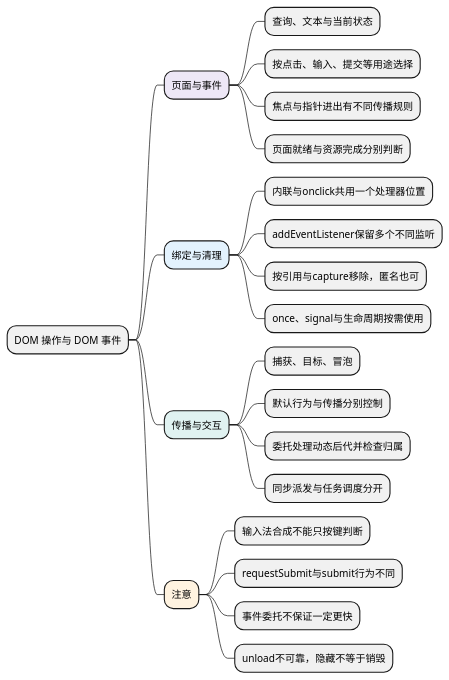
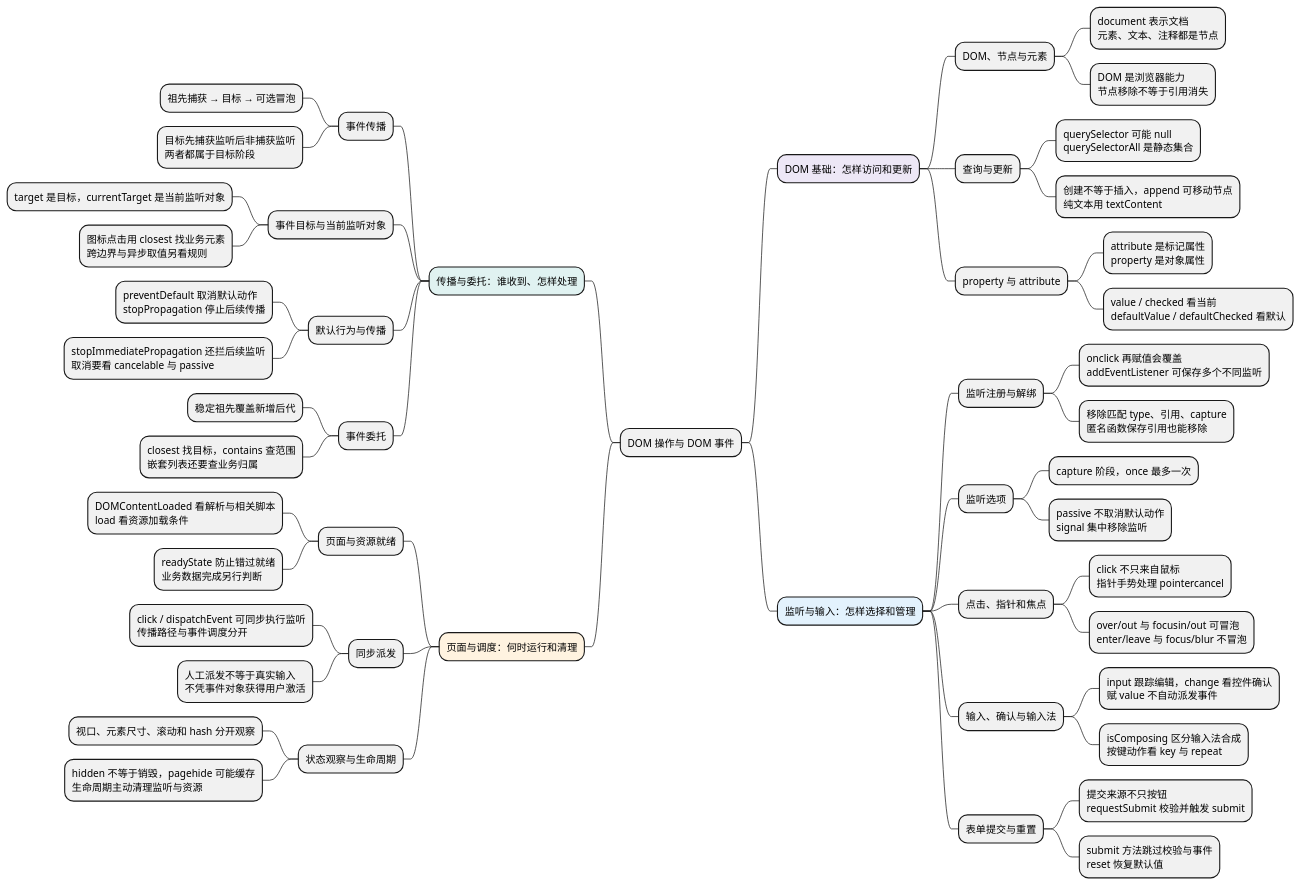
The diagram in docs/AI前端全栈教材/01_JavaScript/05_模块化与浏览器实践/02_DOM操作与DOM事件.md (chenx18/JAVA), drawn with PlantUML before and after one commit. The commit also changed other lines of this file and 84 other files, not shown here.

````diff
--- a/docs/AI前端全栈教材/01_JavaScript/05_模块化与浏览器实践/02_DOM操作与DOM事件.md
+++ b/docs/AI前端全栈教材/01_JavaScript/05_模块化与浏览器实践/02_DOM操作与DOM事件.md
@@ -9,32 +9,62 @@
 ```plantuml
 @startmindmap
 skinparam defaultFontName Microsoft YaHei
 skinparam defaultFontSize 14
 skinparam dpi 100
 skinparam backgroundColor white
 skinparam shadowing false
 
 * DOM 操作与 DOM 事件
-**[#EDE7F6] 页面与事件
-*** 查询、文本与当前状态
-*** 按点击、输入、提交等用途选择
-*** 焦点与指针进出有不同传播规则
-*** 页面就绪与资源完成分别判断
-**[#E3F2FD] 绑定与清理
-*** 内联与onclick共用一个处理器位置
-*** addEventListener保留多个不同监听
-*** 按引用与capture移除，匿名也可
-*** once、signal与生命周期按需使用
-**[#E0F2F1] 传播与交互
-*** 捕获、目标、冒泡
-*** 默认行为与传播分别控制
-*** 委托处理动态后代并检查归属
-*** 同步派发与任务调度分开
-**[#FFF3E0] 注意
-*** 输入法合成不能只按键判断
-*** requestSubmit与submit行为不同
-*** 事件委托不保证一定更快
-*** unload不可靠，隐藏不等于销毁
+**[#EDE7F6] DOM 基础：怎样访问和更新
+*** DOM、节点与元素
+**** document 表示文档\n元素、文本、注释都是节点
+**** DOM 是浏览器能力\n节点移除不等于引用消失
+*** 查询与更新
+**** querySelector 可能 null\nquerySelectorAll 是静态集合
+**** 创建不等于插入，append 可移动节点\n纯文本用 textContent
+*** property 与 attribute
+**** attribute 是标记属性\nproperty 是对象属性
+**** value / checked 看当前\ndefaultValue / defaultChecked 看默认
+**[#E3F2FD] 监听与输入：怎样选择和管理
+*** 监听注册与解绑
+**** onclick 再赋值会覆盖\naddEventListener 可保存多个不同监听
+**** 移除匹配 type、引用、capture\n匿名函数保存引用也能移除
+*** 监听选项
+**** capture 阶段，once 最多一次
+**** passive 不取消默认动作\nsignal 集中移除监听
+*** 点击、指针和焦点
+**** click 不只来自鼠标\n指针手势处理 pointercancel
+**** over/out 与 focusin/out 可冒泡\nenter/leave 与 focus/blur 不冒泡
+*** 输入、确认与输入法
+**** input 跟踪编辑，change 看控件确认\n赋 value 不自动派发事件
+**** isComposing 区分输入法合成\n按键动作看 key 与 repeat
+*** 表单提交与重置
+**** 提交来源不只按钮\nrequestSubmit 校验并触发 submit
+**** submit 方法跳过校验与事件\nreset 恢复默认值
+left side
+**[#E0F2F1] 传播与委托：谁收到、怎样处理
+*** 事件传播
+**** 祖先捕获 → 目标 → 可选冒泡
+**** 目标先捕获监听后非捕获监听\n两者都属于目标阶段
+*** 事件目标与当前监听对象
+**** target 是目标，currentTarget 是当前监听对象
+**** 图标点击用 closest 找业务元素\n跨边界与异步取值另看规则
+*** 默认行为与传播
+**** preventDefault 取消默认动作\nstopPropagation 停止后续传播
+**** stopImmediatePropagation 还拦后续监听\n取消要看 cancelable 与 passive
+*** 事件委托
+**** 稳定祖先覆盖新增后代
+**** closest 找目标，contains 查范围\n嵌套列表还要查业务归属
+**[#FFF3E0] 页面与调度：何时运行和清理
+*** 页面与资源就绪
+**** DOMContentLoaded 看解析与相关脚本\nload 看资源加载条件
+**** readyState 防止错过就绪\n业务数据完成另行判断
+*** 同步派发
+**** click / dispatchEvent 可同步执行监听\n传播路径与事件调度分开
+**** 人工派发不等于真实输入\n不凭事件对象获得用户激活
+*** 状态观察与生命周期
+**** 视口、元素尺寸、滚动和 hash 分开观察
+**** hidden 不等于销毁，pagehide 可能缓存\n生命周期主动清理监听与资源
 
 @endmindmap
 ```
````
